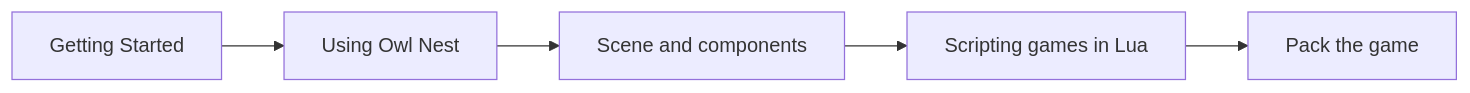
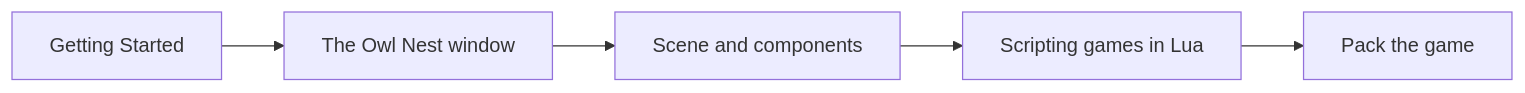
The diagram in doc/pages/guide_game_maker.md (Silmaen/Owl), drawn with Mermaid before and after one commit. The commit also changed other lines of this file and 401 other files, not shown here.

First line of the commit message:
Redraw the outdated architecture diagrams as mermaid and spread two-w… (#325)

````diff
--- a/doc/pages/guide_game_maker.md
+++ b/doc/pages/guide_game_maker.md
@@ -8,7 +8,7 @@
 ```mermaid
 flowchart LR
-    G[Getting Started] --> E[Using Owl Nest]
+    G[Getting Started] --> E[The Owl Nest window]
     E --> S[Scene and components]
     S --> L[Scripting games in Lua]
     L --> P[Pack the game]
 ```
````
